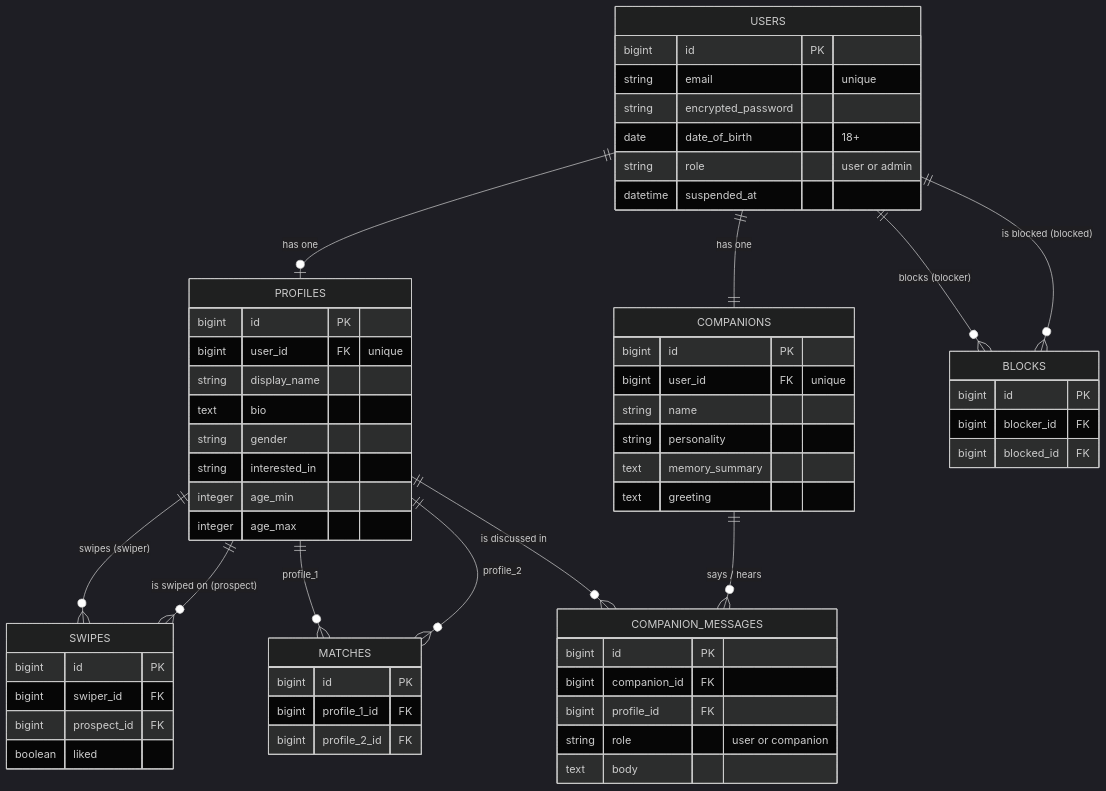
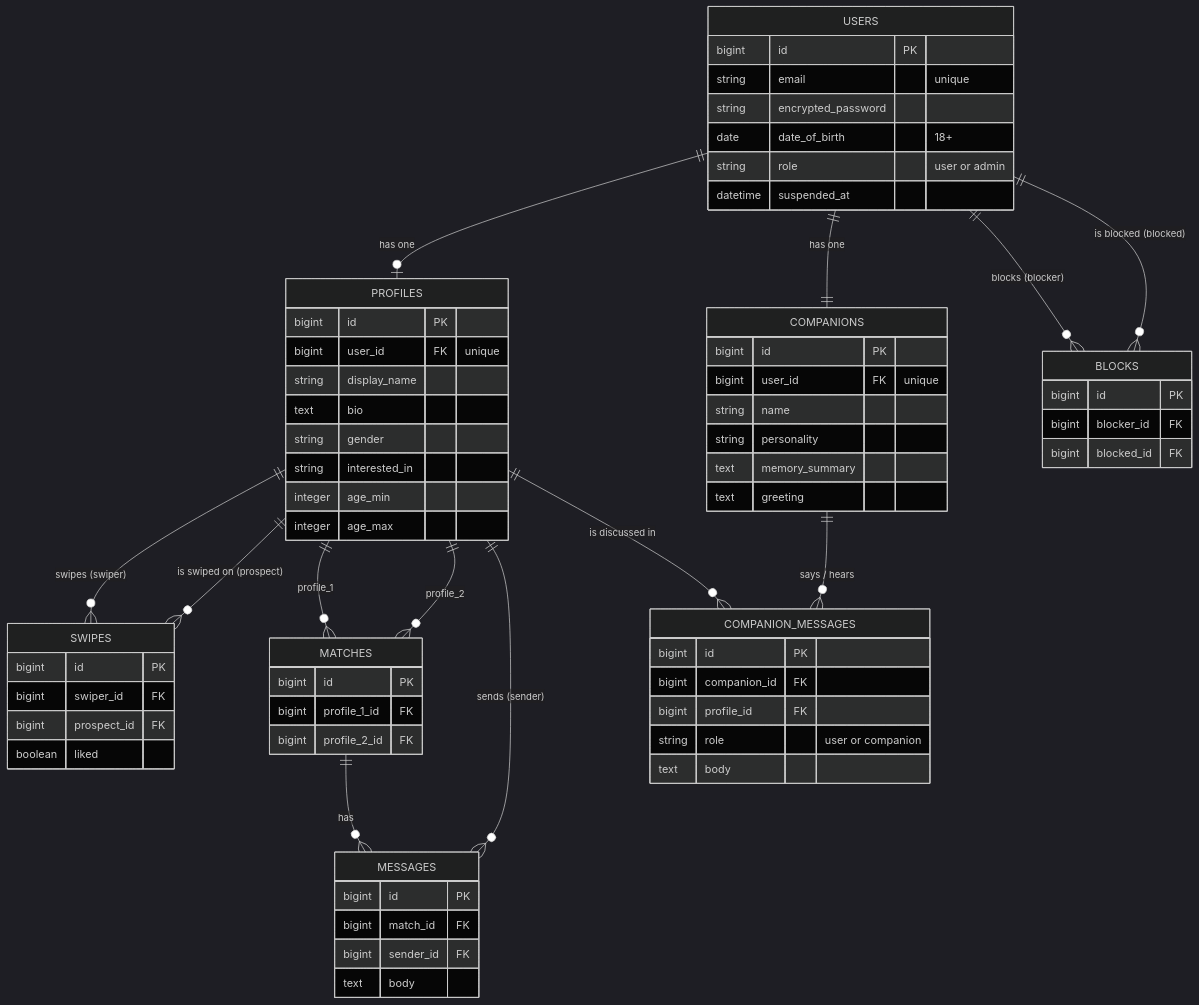
Before and after one commit to tamu-edu-students/CSCE606-700-Fall2026-GroupRed: the second of 2 diagrams in README.md, drawn with Mermaid (dark theme). The commit also changed other lines of this file and 2 other files, not shown here.

Commit message:
Add Cucumber scenarios and doc

````diff
--- a/README.md
+++ b/README.md
@@ -132,63 +132,71 @@
 ```mermaid
 erDiagram
   USERS ||--o| PROFILES : "has one"
   USERS ||--|| COMPANIONS : "has one"
   USERS ||--o{ BLOCKS : "blocks (blocker)"
   USERS ||--o{ BLOCKS : "is blocked (blocked)"
   PROFILES ||--o{ SWIPES : "swipes (swiper)"
   PROFILES ||--o{ SWIPES : "is swiped on (prospect)"
   PROFILES ||--o{ MATCHES : "profile_1"
   PROFILES ||--o{ MATCHES : "profile_2"
+  MATCHES ||--o{ MESSAGES : "has"
+  PROFILES ||--o{ MESSAGES : "sends (sender)"
   COMPANIONS ||--o{ COMPANION_MESSAGES : "says / hears"
   PROFILES ||--o{ COMPANION_MESSAGES : "is discussed in"
 
   USERS {
     bigint id PK
     string email "unique"
     string encrypted_password
     date date_of_birth "18+"
     string role "user or admin"
     datetime suspended_at
   }
   PROFILES {
     bigint id PK
     bigint user_id FK "unique"
     string display_name
     text bio
     string gender
     string interested_in
     integer age_min
     integer age_max
   }
   COMPANIONS {
     bigint id PK
     bigint user_id FK "unique"
     string name
     string personality
     text memory_summary
     text greeting
   }
   COMPANION_MESSAGES {
     bigint id PK
     bigint companion_id FK
     bigint profile_id FK
     string role "user or companion"
     text body
   }
   SWIPES {
     bigint id PK
     bigint swiper_id FK
     bigint prospect_id FK
     boolean liked
   }
   MATCHES {
     bigint id PK
     bigint profile_1_id FK
     bigint profile_2_id FK
   }
+  MESSAGES {
+    bigint id PK
+    bigint match_id FK
+    bigint sender_id FK
+    text body
+  }
   BLOCKS {
     bigint id PK
     bigint blocker_id FK
     bigint blocked_id FK
   }
 ```
````
